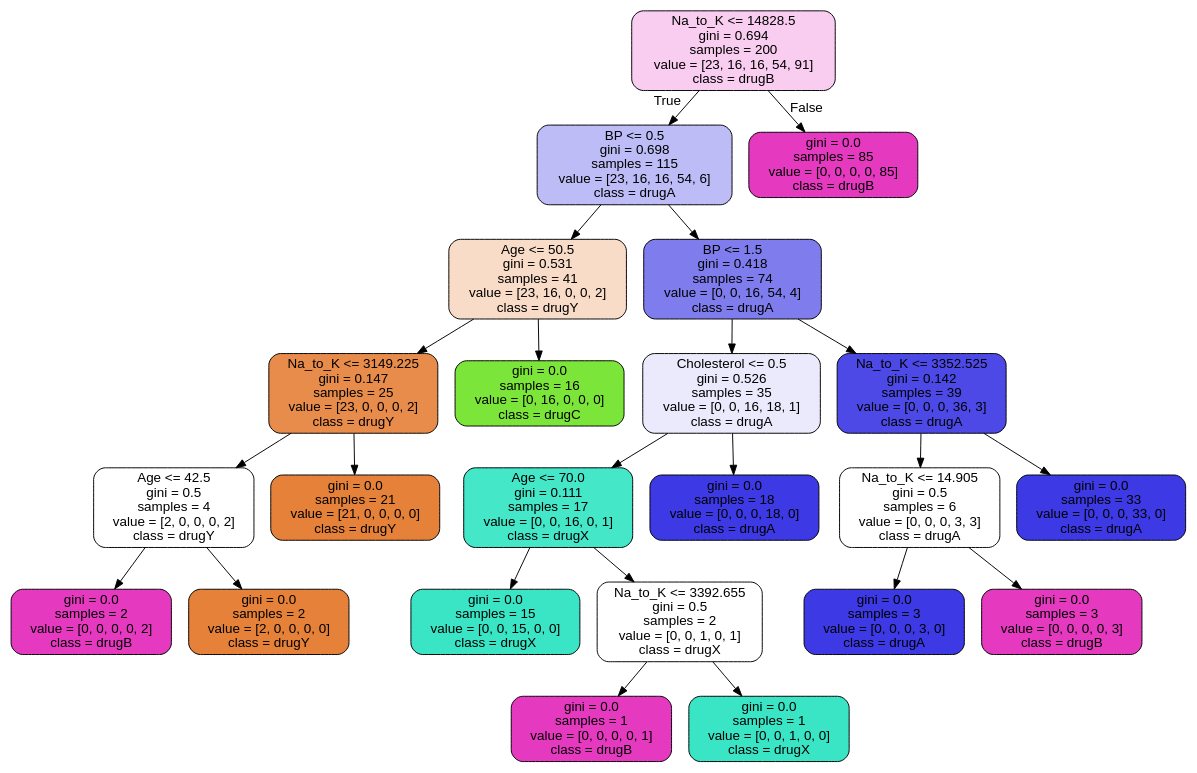
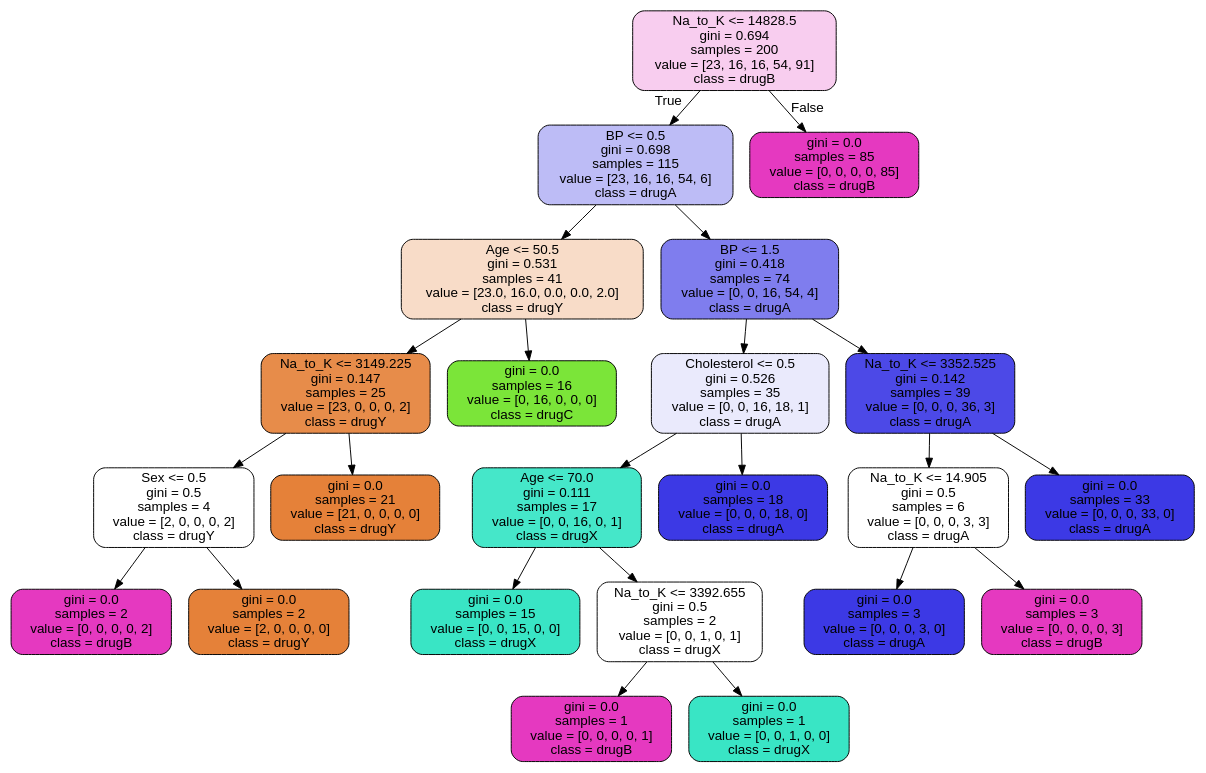
One commit to pablesite/master-matematicas changed the diagram in tecnicas-multivariantes/images/arbol_clf_default.dot. Above: the diagram before and after it, drawn with Graphviz. The commit also changed 4 other files, not shown here.

```diff
--- a/tecnicas-multivariantes/images/arbol_clf_default.dot
+++ b/tecnicas-multivariantes/images/arbol_clf_default.dot
@@ -1,49 +1,49 @@
 digraph Tree {
 node [shape=box, style="filled, rounded", color="black", fontname="helvetica"] ;
 edge [fontname="helvetica"] ;
 0 [label="Na_to_K <= 14828.5\ngini = 0.694\nsamples = 200\nvalue = [23, 16, 16, 54, 91]\nclass = drugB", fillcolor="#f8cdef"] ;
 1 [label="BP <= 0.5\ngini = 0.698\nsamples = 115\nvalue = [23, 16, 16, 54, 6]\nclass = drugA", fillcolor="#bdbcf6"] ;
 0 -> 1 [labeldistance=2.5, labelangle=45, headlabel="True"] ;
-2 [label="Age <= 50.5\ngini = 0.531\nsamples = 41\nvalue = [23, 16, 0, 0, 2]\nclass = drugY", fillcolor="#f8dcc8"] ;
+2 [label="Age <= 50.5\ngini = 0.531\nsamples = 41\nvalue = [23.0, 16.0, 0.0, 0.0, 2.0]\nclass = drugY", fillcolor="#f8dcc8"] ;
 1 -> 2 ;
 3 [label="Na_to_K <= 3149.225\ngini = 0.147\nsamples = 25\nvalue = [23, 0, 0, 0, 2]\nclass = drugY", fillcolor="#e78c4a"] ;
 2 -> 3 ;
-4 [label="Age <= 42.5\ngini = 0.5\nsamples = 4\nvalue = [2, 0, 0, 0, 2]\nclass = drugY", fillcolor="#ffffff"] ;
+4 [label="Sex <= 0.5\ngini = 0.5\nsamples = 4\nvalue = [2, 0, 0, 0, 2]\nclass = drugY", fillcolor="#ffffff"] ;
 3 -> 4 ;
 5 [label="gini = 0.0\nsamples = 2\nvalue = [0, 0, 0, 0, 2]\nclass = drugB", fillcolor="#e539c0"] ;
 4 -> 5 ;
 6 [label="gini = 0.0\nsamples = 2\nvalue = [2, 0, 0, 0, 0]\nclass = drugY", fillcolor="#e58139"] ;
 4 -> 6 ;
 7 [label="gini = 0.0\nsamples = 21\nvalue = [21, 0, 0, 0, 0]\nclass = drugY", fillcolor="#e58139"] ;
 3 -> 7 ;
 8 [label="gini = 0.0\nsamples = 16\nvalue = [0, 16, 0, 0, 0]\nclass = drugC", fillcolor="#7be539"] ;
 2 -> 8 ;
 9 [label="BP <= 1.5\ngini = 0.418\nsamples = 74\nvalue = [0, 0, 16, 54, 4]\nclass = drugA", fillcolor="#7f7dee"] ;
 1 -> 9 ;
 10 [label="Cholesterol <= 0.5\ngini = 0.526\nsamples = 35\nvalue = [0, 0, 16, 18, 1]\nclass = drugA", fillcolor="#eaeafc"] ;
 9 -> 10 ;
 11 [label="Age <= 70.0\ngini = 0.111\nsamples = 17\nvalue = [0, 0, 16, 0, 1]\nclass = drugX", fillcolor="#45e7c9"] ;
 10 -> 11 ;
 12 [label="gini = 0.0\nsamples = 15\nvalue = [0, 0, 15, 0, 0]\nclass = drugX", fillcolor="#39e5c5"] ;
 11 -> 12 ;
 13 [label="Na_to_K <= 3392.655\ngini = 0.5\nsamples = 2\nvalue = [0, 0, 1, 0, 1]\nclass = drugX", fillcolor="#ffffff"] ;
 11 -> 13 ;
 14 [label="gini = 0.0\nsamples = 1\nvalue = [0, 0, 0, 0, 1]\nclass = drugB", fillcolor="#e539c0"] ;
 13 -> 14 ;
 15 [label="gini = 0.0\nsamples = 1\nvalue = [0, 0, 1, 0, 0]\nclass = drugX", fillcolor="#39e5c5"] ;
 13 -> 15 ;
 16 [label="gini = 0.0\nsamples = 18\nvalue = [0, 0, 0, 18, 0]\nclass = drugA", fillcolor="#3c39e5"] ;
 10 -> 16 ;
 17 [label="Na_to_K <= 3352.525\ngini = 0.142\nsamples = 39\nvalue = [0, 0, 0, 36, 3]\nclass = drugA", fillcolor="#4c49e7"] ;
 9 -> 17 ;
 18 [label="Na_to_K <= 14.905\ngini = 0.5\nsamples = 6\nvalue = [0, 0, 0, 3, 3]\nclass = drugA", fillcolor="#ffffff"] ;
 17 -> 18 ;
 19 [label="gini = 0.0\nsamples = 3\nvalue = [0, 0, 0, 3, 0]\nclass = drugA", fillcolor="#3c39e5"] ;
 18 -> 19 ;
 20 [label="gini = 0.0\nsamples = 3\nvalue = [0, 0, 0, 0, 3]\nclass = drugB", fillcolor="#e539c0"] ;
 18 -> 20 ;
 21 [label="gini = 0.0\nsamples = 33\nvalue = [0, 0, 0, 33, 0]\nclass = drugA", fillcolor="#3c39e5"] ;
 17 -> 21 ;
 22 [label="gini = 0.0\nsamples = 85\nvalue = [0, 0, 0, 0, 85]\nclass = drugB", fillcolor="#e539c0"] ;
 0 -> 22 [labeldistance=2.5, labelangle=-45, headlabel="False"] ;
 }
```
